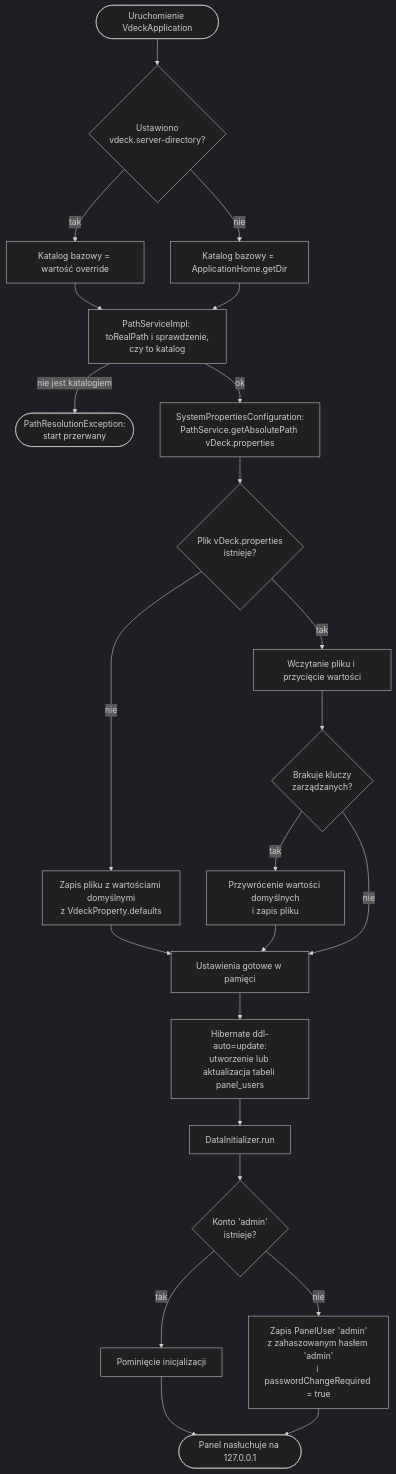
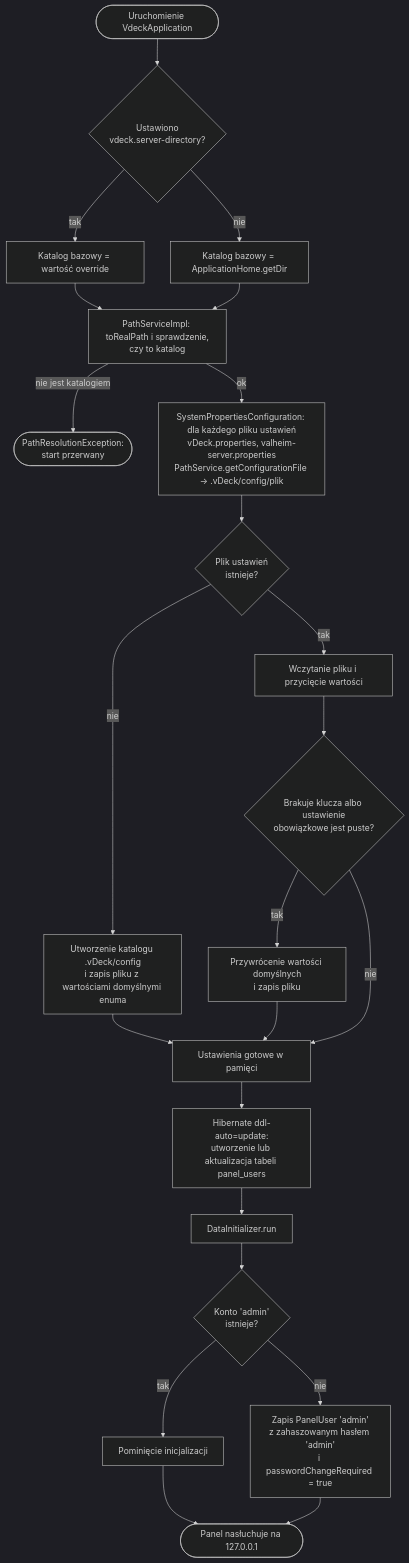
One commit to Pplociennik/vDeck changed the diagram in dokumentacja/diagramy/wspolne/przeplyw-start-aplikacji.mmd. Above: the diagram before and after it, drawn with Mermaid (dark theme). The commit also changed 64 other files, not shown here.

Commit message:
[VDEC-6] ADD: Created panels for managing valheim server launch properties.

```diff
--- a/dokumentacja/diagramy/wspolne/przeplyw-start-aplikacji.mmd
+++ b/dokumentacja/diagramy/wspolne/przeplyw-start-aplikacji.mmd
@@ -1,24 +1,24 @@
 %% Diagram przepływu: start aplikacji vDeck i przygotowanie środowiska
 flowchart TD
     start([Uruchomienie VdeckApplication]) --> home{Ustawiono<br/>vdeck.server-directory?}
     home -- tak --> configured[Katalog bazowy = wartość override]
     home -- nie --> appHome[Katalog bazowy = ApplicationHome.getDir]
     configured --> real[PathServiceImpl: toRealPath i sprawdzenie,<br/>czy to katalog]
     appHome --> real
     real -- nie jest katalogiem --> fail([PathResolutionException:<br/>start przerwany])
-    real -- ok --> props[SystemPropertiesConfiguration:<br/>PathService.getAbsolutePath vDeck.properties]
-    props --> exists{Plik vDeck.properties<br/>istnieje?}
-    exists -- nie --> create[Zapis pliku z wartościami domyślnymi<br/>z VdeckProperty.defaults]
+    real -- ok --> props[SystemPropertiesConfiguration: dla każdego pliku ustawień<br/>vDeck.properties, valheim-server.properties<br/>PathService.getConfigurationFile → .vDeck/config/plik]
+    props --> exists{Plik ustawień<br/>istnieje?}
+    exists -- nie --> create[Utworzenie katalogu .vDeck/config<br/>i zapis pliku z wartościami domyślnymi enuma]
     exists -- tak --> read[Wczytanie pliku i przycięcie wartości]
-    read --> missing{Brakuje kluczy<br/>zarządzanych?}
+    read --> missing{Brakuje klucza albo ustawienie<br/>obowiązkowe jest puste?}
     missing -- tak --> restore[Przywrócenie wartości domyślnych<br/>i zapis pliku]
     missing -- nie --> ready[Ustawienia gotowe w pamięci]
     create --> ready
     restore --> ready
     ready --> schema[Hibernate ddl-auto=update:<br/>utworzenie lub aktualizacja tabeli panel_users]
     schema --> init[DataInitializer.run]
     init --> adminExists{Konto 'admin'<br/>istnieje?}
     adminExists -- tak --> skip[Pominięcie inicjalizacji]
     adminExists -- nie --> createAdmin[Zapis PanelUser 'admin'<br/>z zahaszowanym hasłem 'admin'<br/>i passwordChangeRequired = true]
     skip --> up([Panel nasłuchuje na 127.0.0.1])
     createAdmin --> up
```
